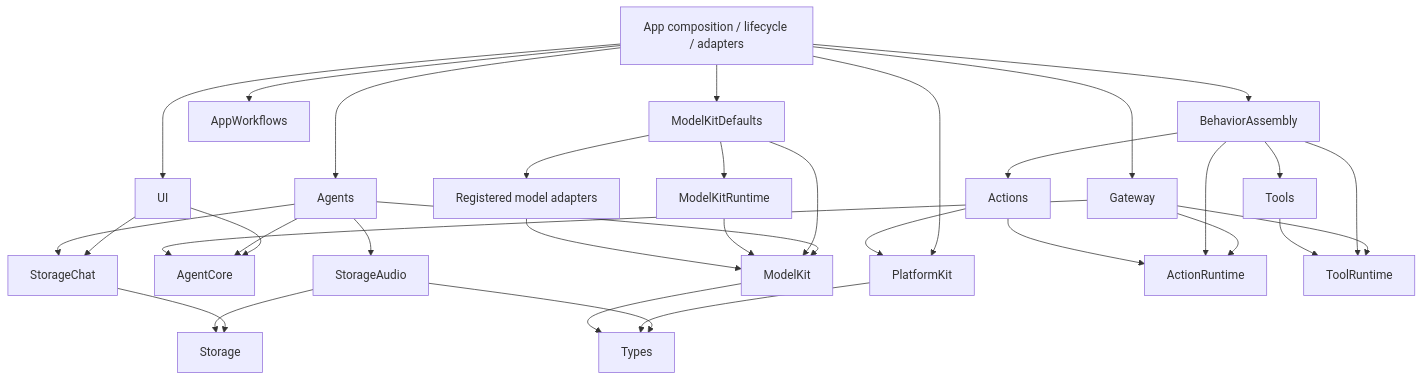
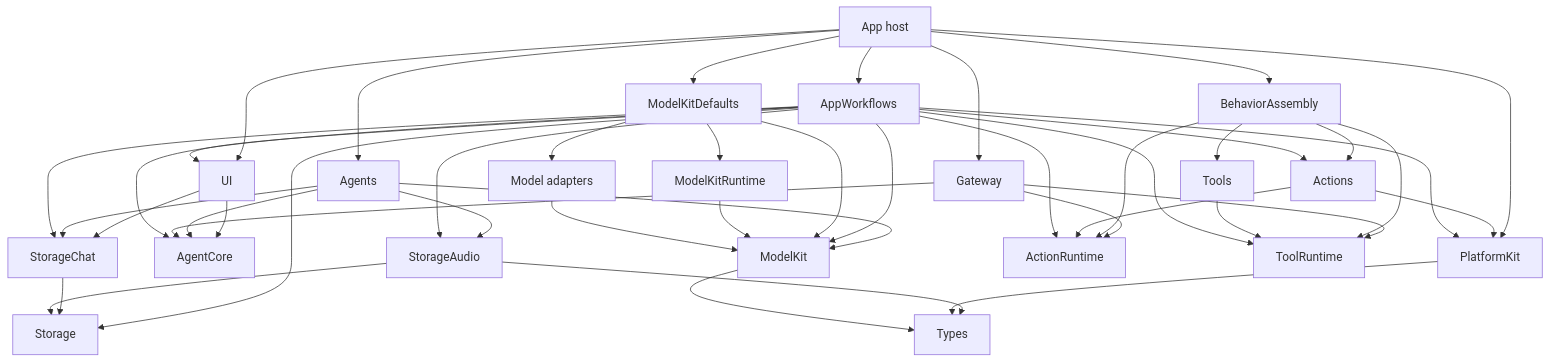
One commit to devilyouwei/MobileHarness changed the second of 12 diagrams in MobileHarness/README.md. Above: the diagram before and after it, drawn with Mermaid. The commit also changed other lines of this file, not shown here.

Commit message:
docs: refocus MobileHarness architecture guide

````diff
--- a/MobileHarness/README.md
+++ b/MobileHarness/README.md
@@ -43,36 +53,52 @@
 ```mermaid
 flowchart TB
-    App[App composition / lifecycle / adapters] --> Agents
+    App[App host] --> Agents
     App --> Gateway
     App --> Assembly[BehaviorAssembly]
     App --> Workflows[AppWorkflows]
     App --> Defaults[ModelKitDefaults]
     App --> UI
     App --> PlatformKit
+
     UI --> AgentCore
     UI --> StorageChat
+
     Agents --> AgentCore
     Agents --> ModelKit
     Agents --> StorageChat
     Agents --> StorageAudio
+
     Gateway --> AgentCore
     Gateway --> ActionRuntime
     Gateway --> ToolRuntime
+
     Assembly --> Actions
     Assembly --> Tools
     Assembly --> ActionRuntime
     Assembly --> ToolRuntime
     Actions --> ActionRuntime
     Actions --> PlatformKit
     Tools --> ToolRuntime
+
+    Workflows --> UI
+    Workflows --> Storage
+    Workflows --> StorageChat
+    Workflows --> StorageAudio
+    Workflows --> ModelKit
+    Workflows --> PlatformKit
+    Workflows --> Actions
+    Workflows --> AgentCore
+    Workflows --> ActionRuntime
+    Workflows --> ToolRuntime
+
     StorageChat --> Storage
     StorageAudio --> Storage
     StorageAudio --> Types
     PlatformKit --> Types
     ModelKit --> Types
     Defaults --> ModelKit
-    Defaults --> Management[ModelKitRuntime]
-    Defaults --> Providers[Registered model adapters]
-    Management --> ModelKit
-    Providers --> ModelKit
+    Defaults --> ModelKitRuntime
+    Defaults --> Adapters[Model adapters]
+    ModelKitRuntime --> ModelKit
+    Adapters --> ModelKit
 ```
````
